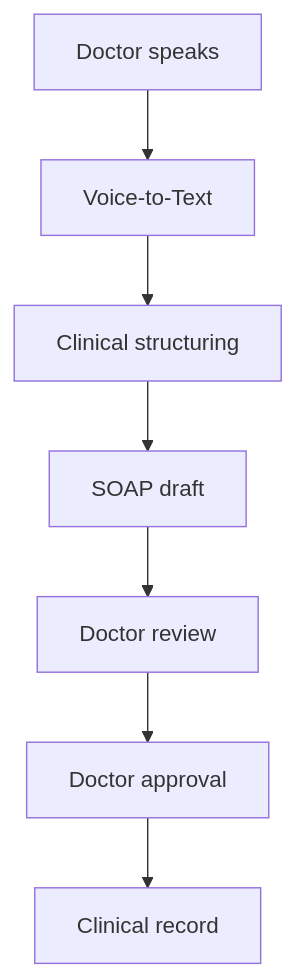
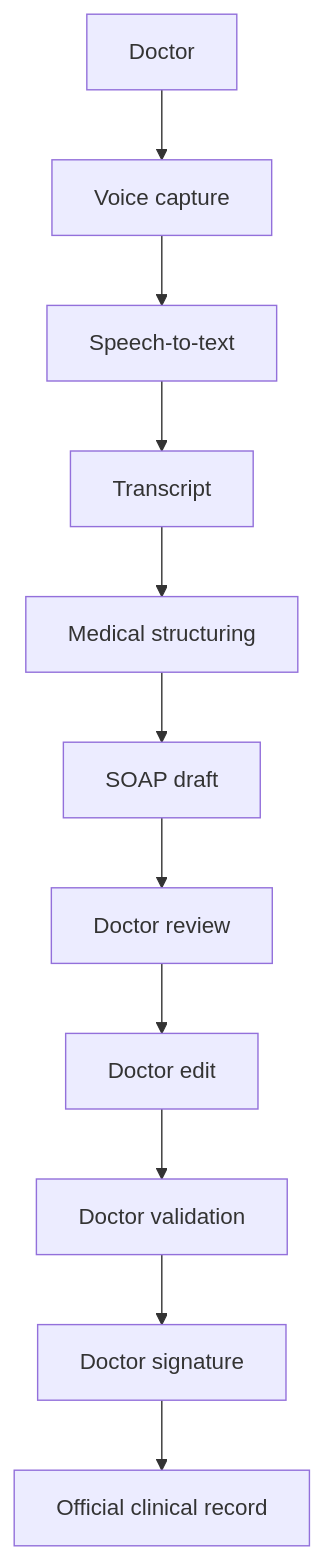
Diagram 14 of 19 in _posts/2026-09-13-spec-driven-development-hospital-erp.md (joeshc/AI-SDLC-SDD), drawn with Mermaid before and after one commit. The commit also changed other lines of this file, not shown here.

````diff
--- a/_posts/2026-09-13-spec-driven-development-hospital-erp.md
+++ b/_posts/2026-09-13-spec-driven-development-hospital-erp.md
@@ -880,9 +1508,13 @@
 ```mermaid
 flowchart TD
-    A[Doctor speaks] --> B[Voice-to-Text]
-    B --> C[Clinical structuring]
-    C --> D[SOAP draft]
-    D --> E[Doctor review]
-    E --> F[Doctor approval]
-    F --> G[Clinical record]
+    A[Doctor] --> B[Voice capture]
+    B --> C[Speech-to-text]
+    C --> D[Transcript]
+    D --> E[Medical structuring]
+    E --> F[SOAP draft]
+    F --> G[Doctor review]
+    G --> H[Doctor edit]
+    H --> I[Doctor validation]
+    I --> J[Doctor signature]
+    J --> K[Official clinical record]
 ```
````
